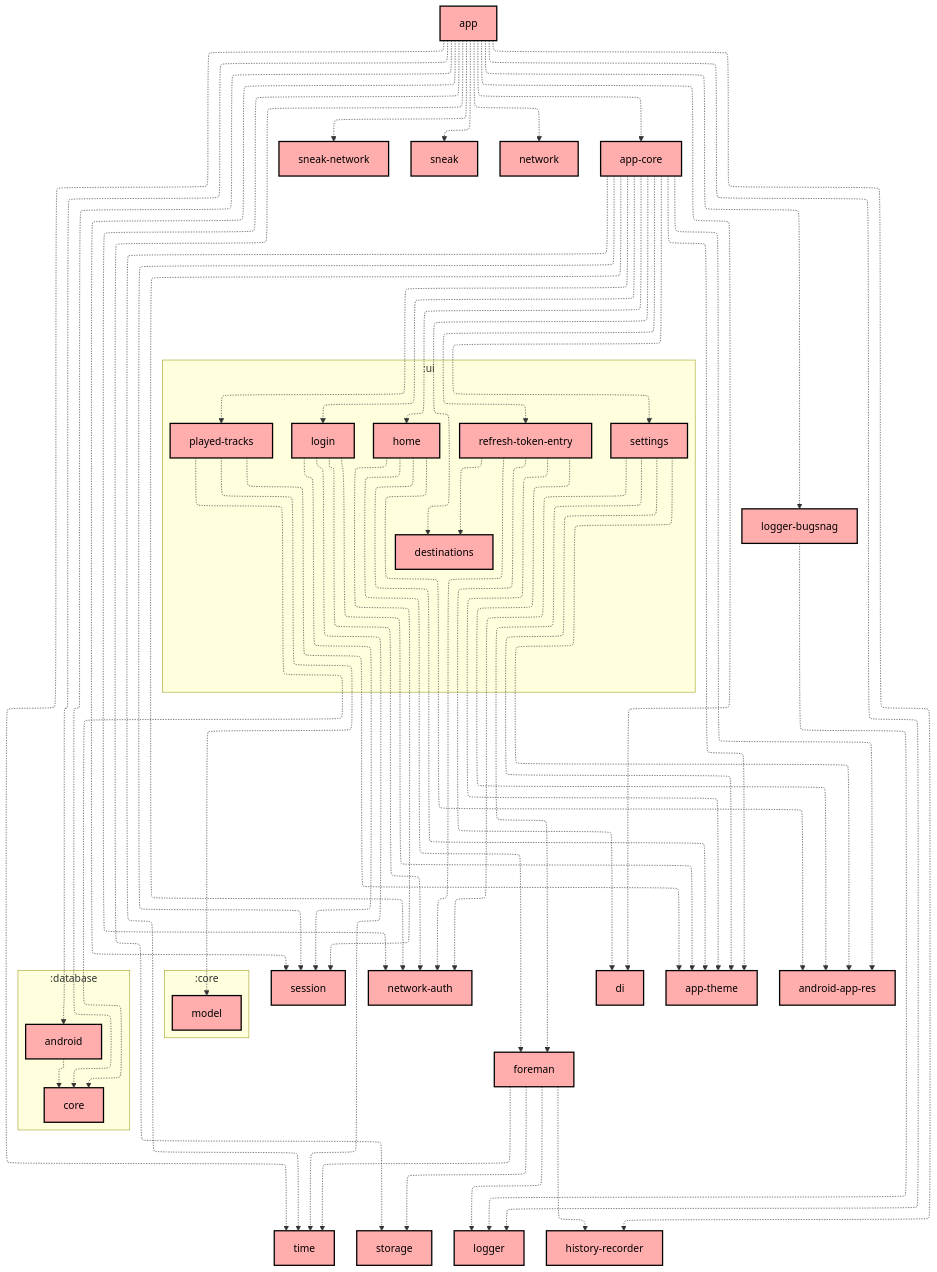
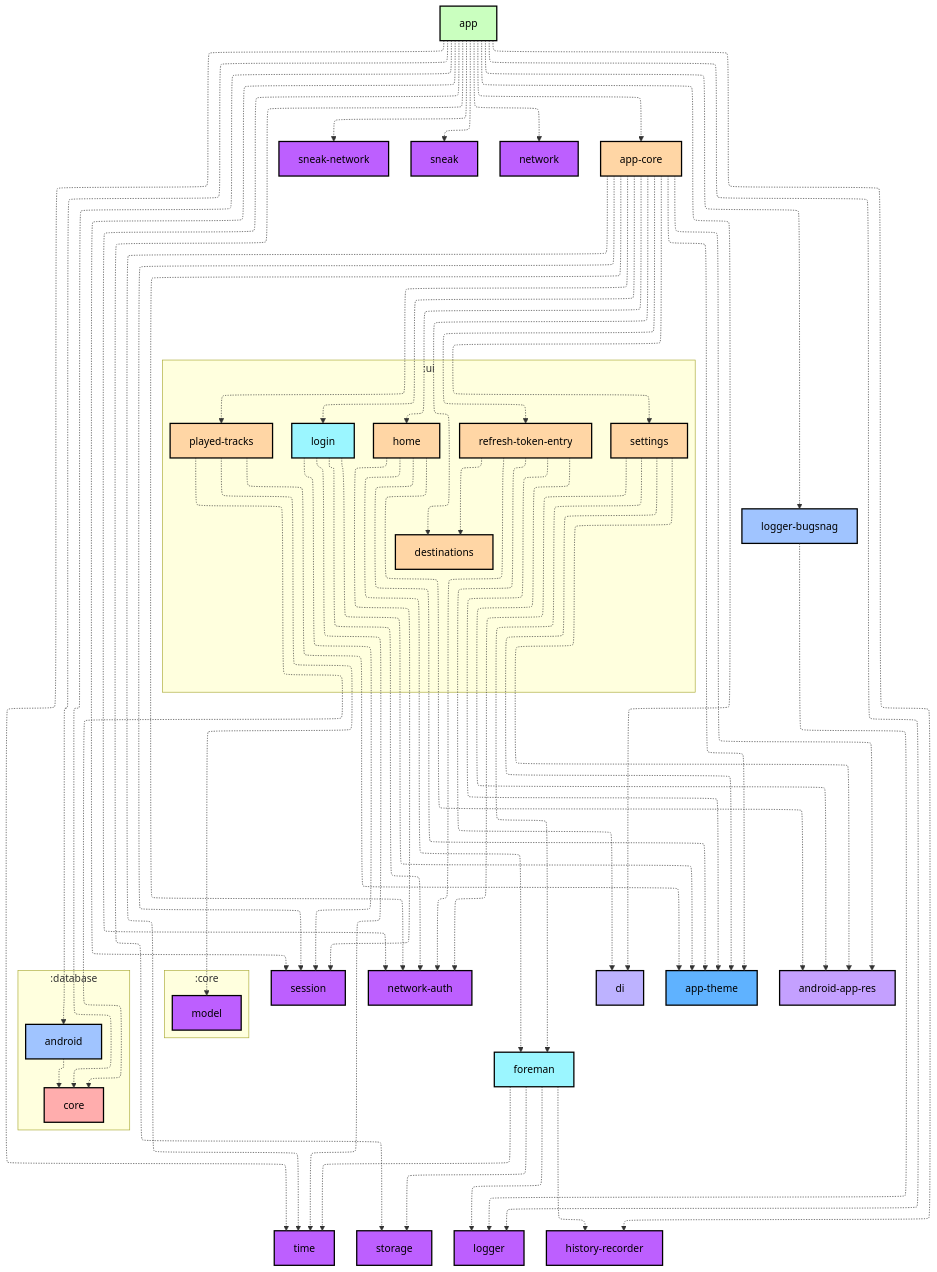
One commit to bryansills/LoudPing changed the first of 2 diagrams in app/README.md. Above: the diagram before and after it, drawn with Mermaid. The commit also changed other lines of this file and 1 other file, not shown here.

Commit message:
More detailed graph

````diff
--- a/app/README.md
+++ b/app/README.md
@@ -13,38 +13,38 @@
 graph TB
   subgraph :core
     direction TB
-    :core:model[model]:::unknown
+    :core:model[model]:::multiplatform-library
   end
   subgraph :database
     direction TB
-    :database:android[android]:::unknown
+    :database:android[android]:::android-kotlin
     :database:core[core]:::unknown
   end
   subgraph :ui
     direction TB
-    :ui:destinations[destinations]:::unknown
-    :ui:home[home]:::unknown
-    :ui:login[login]:::unknown
-    :ui:played-tracks[played-tracks]:::unknown
-    :ui:refresh-token-entry[refresh-token-entry]:::unknown
-    :ui:settings[settings]:::unknown
+    :ui:destinations[destinations]:::compose-library
+    :ui:home[home]:::compose-library
+    :ui:login[login]:::android-dagger
+    :ui:played-tracks[played-tracks]:::compose-library
+    :ui:refresh-token-entry[refresh-token-entry]:::compose-library
+    :ui:settings[settings]:::compose-library
   end
-  :time[time]:::unknown
-  :storage[storage]:::unknown
-  :sneak-network[sneak-network]:::unknown
-  :sneak[sneak]:::unknown
-  :session[session]:::unknown
-  :network-auth[network-auth]:::unknown
-  :network[network]:::unknown
-  :logger-bugsnag[logger-bugsnag]:::unknown
-  :logger[logger]:::unknown
-  :history-recorder[history-recorder]:::unknown
-  :foreman[foreman]:::unknown
-  :di[di]:::unknown
-  :app-theme[app-theme]:::unknown
-  :app-core[app-core]:::unknown
-  :app[app]:::unknown
-  :android-app-res[android-app-res]:::unknown
+  :time[time]:::multiplatform-library
+  :storage[storage]:::multiplatform-library
+  :sneak-network[sneak-network]:::multiplatform-library
+  :sneak[sneak]:::multiplatform-library
+  :session[session]:::multiplatform-library
+  :network-auth[network-auth]:::multiplatform-library
+  :network[network]:::multiplatform-library
+  :logger-bugsnag[logger-bugsnag]:::android-kotlin
+  :logger[logger]:::multiplatform-library
+  :history-recorder[history-recorder]:::multiplatform-library
+  :foreman[foreman]:::android-dagger
+  :di[di]:::jvm-library
+  :app-theme[app-theme]:::multiplatform-compose
+  :app-core[app-core]:::compose-library
+  :app[app]:::android-application
+  :android-app-res[android-app-res]:::android-java
 
   :app -.-> :app-core
   :app -.-> :database:android
@@ -99,9 +99,12 @@
   :ui:settings -.-> :network-auth
 
 classDef android-application fill:#CAFFBF,stroke:#000,stroke-width:2px,color:#000;
-classDef android-feature fill:#FFD6A5,stroke:#000,stroke-width:2px,color:#000;
-classDef android-library fill:#9BF6FF,stroke:#000,stroke-width:2px,color:#000;
-classDef android-test fill:#A0C4FF,stroke:#000,stroke-width:2px,color:#000;
+classDef compose-library fill:#FFD6A5,stroke:#000,stroke-width:2px,color:#000;
+classDef android-dagger fill:#9BF6FF,stroke:#000,stroke-width:2px,color:#000;
+classDef android-kotlin fill:#A0C4FF,stroke:#000,stroke-width:2px,color:#000;
+classDef android-java fill:#C4A0FF,stroke:#000,stroke-width:2px,color:#000;
 classDef jvm-library fill:#BDB2FF,stroke:#000,stroke-width:2px,color:#000;
+classDef multiplatform-compose fill:#5FB2FF,stroke:#000,stroke-width:2px,color:#000;
+classDef multiplatform-library fill:#BD5FFF,stroke:#000,stroke-width:2px,color:#000;
 classDef unknown fill:#FFADAD,stroke:#000,stroke-width:2px,color:#000;
 ```
````
